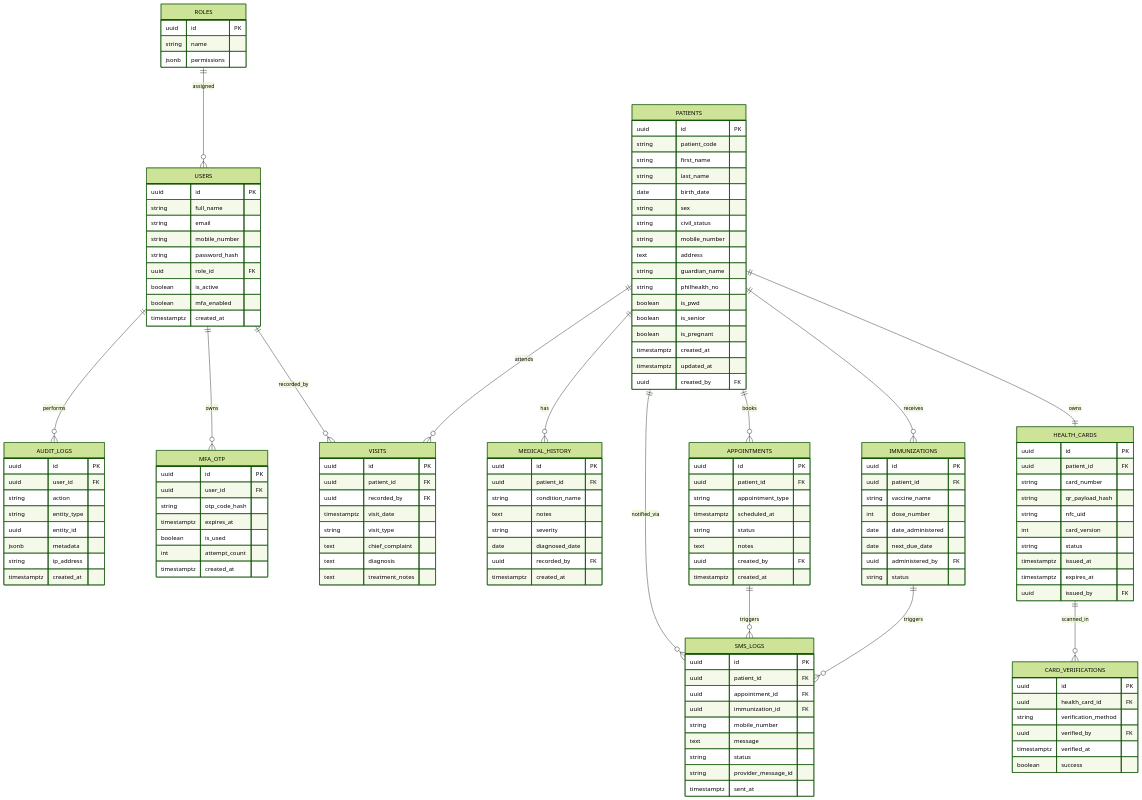
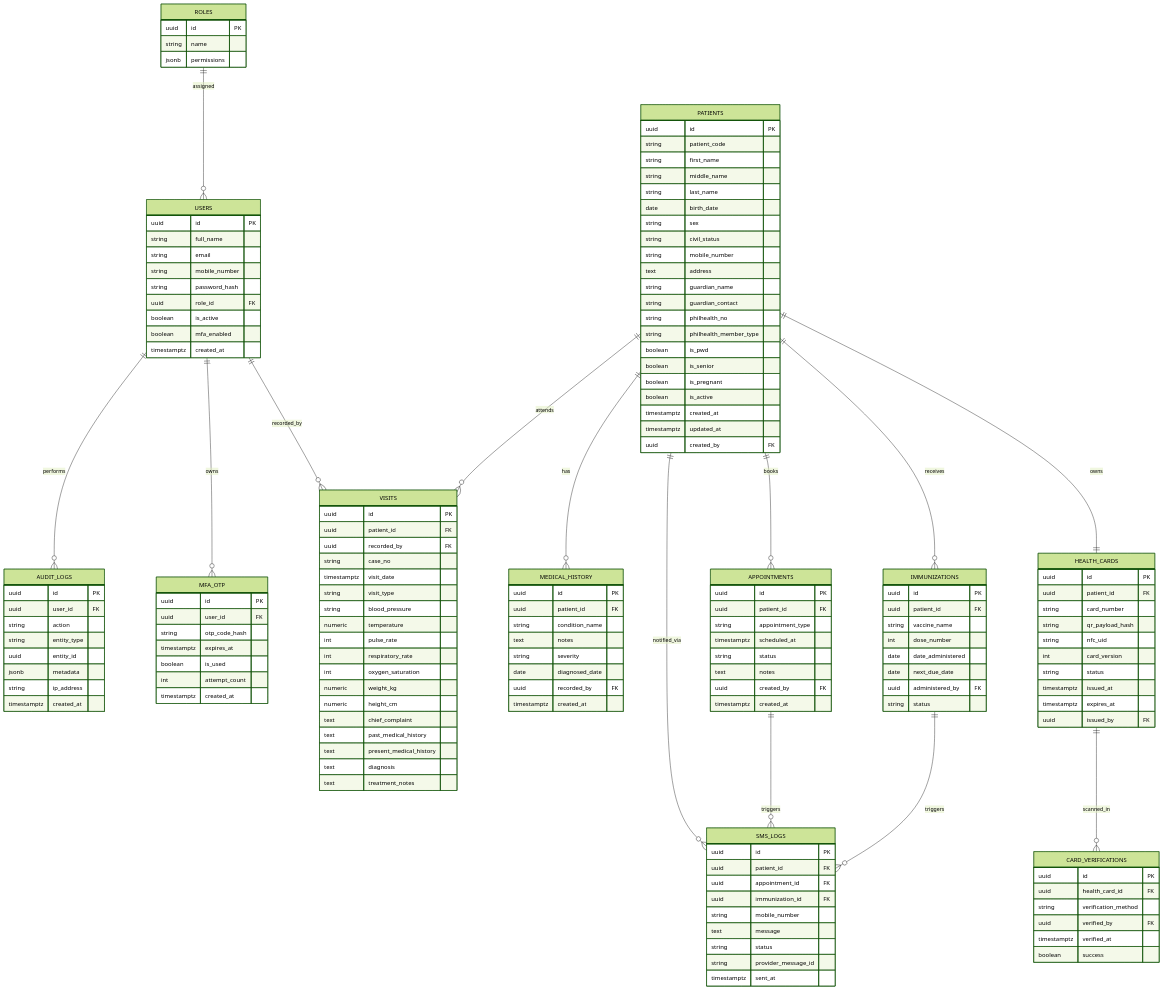
The third of 8 diagrams in docs/SmartHealth_Hub_System_Development_Plan.md (crud-j/smarthealth-hub), drawn with Mermaid (forest theme) before and after one commit. The commit also changed other lines of this file and 71 other files, not shown here.

```diff
--- a/docs/SmartHealth_Hub_System_Development_Plan.md
+++ b/docs/SmartHealth_Hub_System_Development_Plan.md
@@ -531,6 +531,7 @@
         uuid id PK
         string patient_code
         string first_name
+        string middle_name
         string last_name
         date birth_date
         string sex
@@ -538,10 +539,13 @@
         string mobile_number
         text address
         string guardian_name
+        string guardian_contact
         string philhealth_no
+        string philhealth_member_type
         boolean is_pwd
         boolean is_senior
         boolean is_pregnant
+        boolean is_active
         timestamptz created_at
         timestamptz updated_at
         uuid created_by FK
@@ -584,9 +588,19 @@
         uuid id PK
         uuid patient_id FK
         uuid recorded_by FK
+        string case_no
         timestamptz visit_date
         string visit_type
+        string blood_pressure
+        numeric temperature
+        int pulse_rate
+        int respiratory_rate
+        int oxygen_saturation
+        numeric weight_kg
+        numeric height_cm
         text chief_complaint
+        text past_medical_history
+        text present_medical_history
         text diagnosis
         text treatment_notes
     }
```
